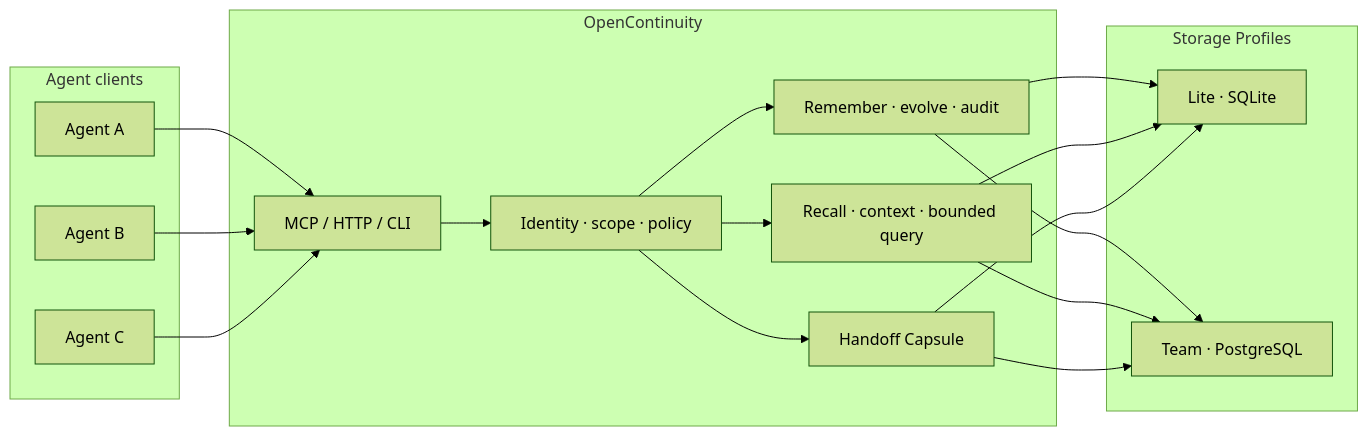
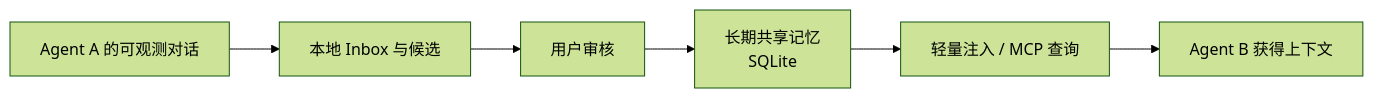
Before and after one commit to Huuyii-sleeping/open-continuity: the diagram in README.md, drawn with Mermaid (forest theme). The commit also changed other lines of this file and 1 other file, not shown here.

````diff
--- a/README.md
+++ b/README.md
@@ -62,30 +21,8 @@
 ```mermaid
 flowchart LR
-  subgraph C[Agent clients]
-    A[Agent A]
-    B[Agent B]
-    D[Agent C]
-  end
-
-  subgraph O[OpenContinuity]
-    X[MCP / HTTP / CLI]
-    P[Identity · scope · policy]
-    W[Remember · evolve · audit]
-    R[Recall · context · bounded query]
-    H[Handoff Capsule]
-  end
-
-  subgraph S[Storage Profiles]
-    L[Lite · SQLite]
-    T[Team · PostgreSQL]
-  end
-
-  A & B & D --> X
-  X --> P
-  P --> W
-  P --> R
-  P --> H
-  W --> L & T
-  R --> L & T
-  H --> L & T
+  A[Agent A 的可观测对话] --> I[本地 Inbox 与候选]
+  I --> U[用户审核]
+  U --> M[长期共享记忆<br/>SQLite]
+  M --> R[轻量注入 / MCP 查询]
+  R --> B[Agent B 获得上下文]
 ```
````
